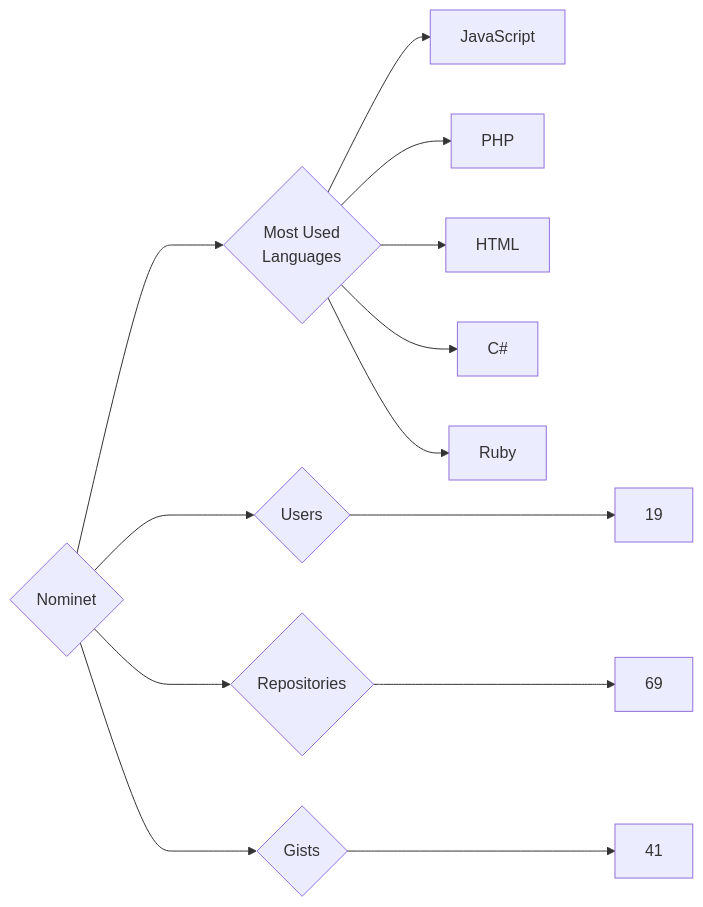
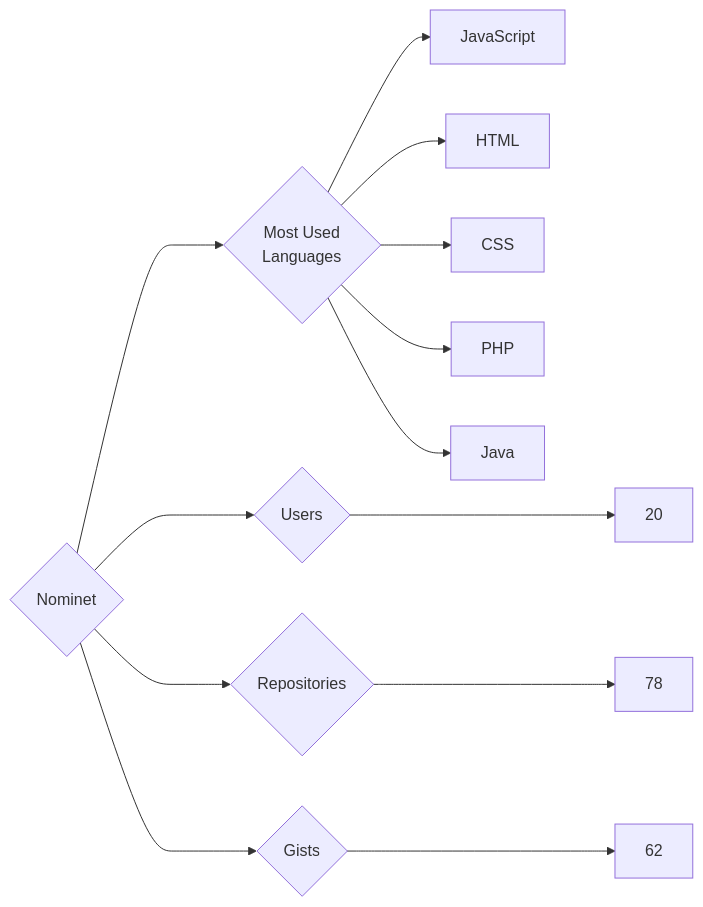
Before and after one commit to trickest/insiders: the diagram in targets/Nominet/README.md, drawn with Mermaid. The commit also changed 972 other files, not shown here.

````diff
--- a/targets/Nominet/README.md
+++ b/targets/Nominet/README.md
@@ -3,13 +3,13 @@
 ```mermaid
 graph LR
 COMPANY_NAME{Nominet}
-COMPANY_NAME ---> U{Users} ---> UN[19]
-COMPANY_NAME ---> R{Repositories} ---> RN[69]
-COMPANY_NAME ---> G{Gists} ---> GN[41]
+COMPANY_NAME ---> U{Users} ---> UN[20]
+COMPANY_NAME ---> R{Repositories} ---> RN[78]
+COMPANY_NAME ---> G{Gists} ---> GN[62]
 COMPANY_NAME ---> ML{Most Used<br>Languages}
 ML --> JavaScript[JavaScript]
+ML --> HTML[HTML]
+ML --> CSS[CSS]
 ML --> PHP[PHP]
-ML --> HTML[HTML]
-ML --> C#[C#]
-ML --> Ruby[Ruby]
+ML --> Java[Java]
 ```
````
